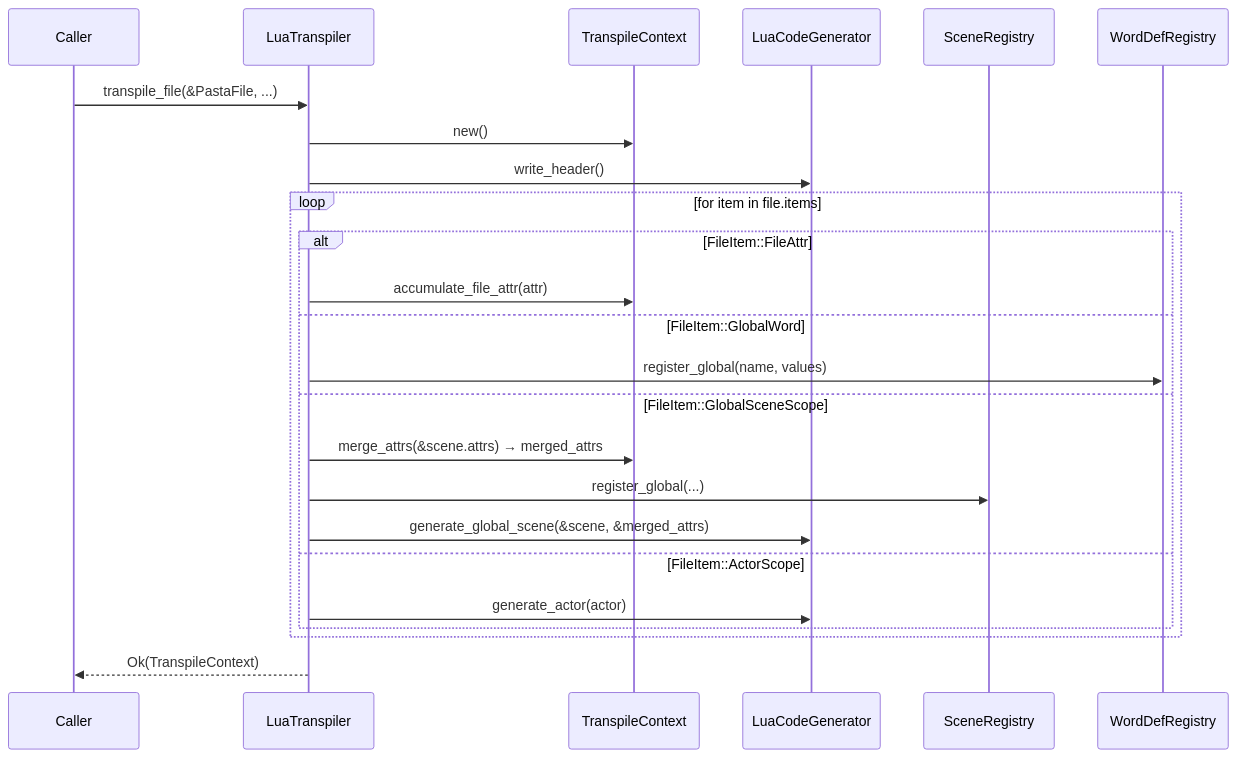
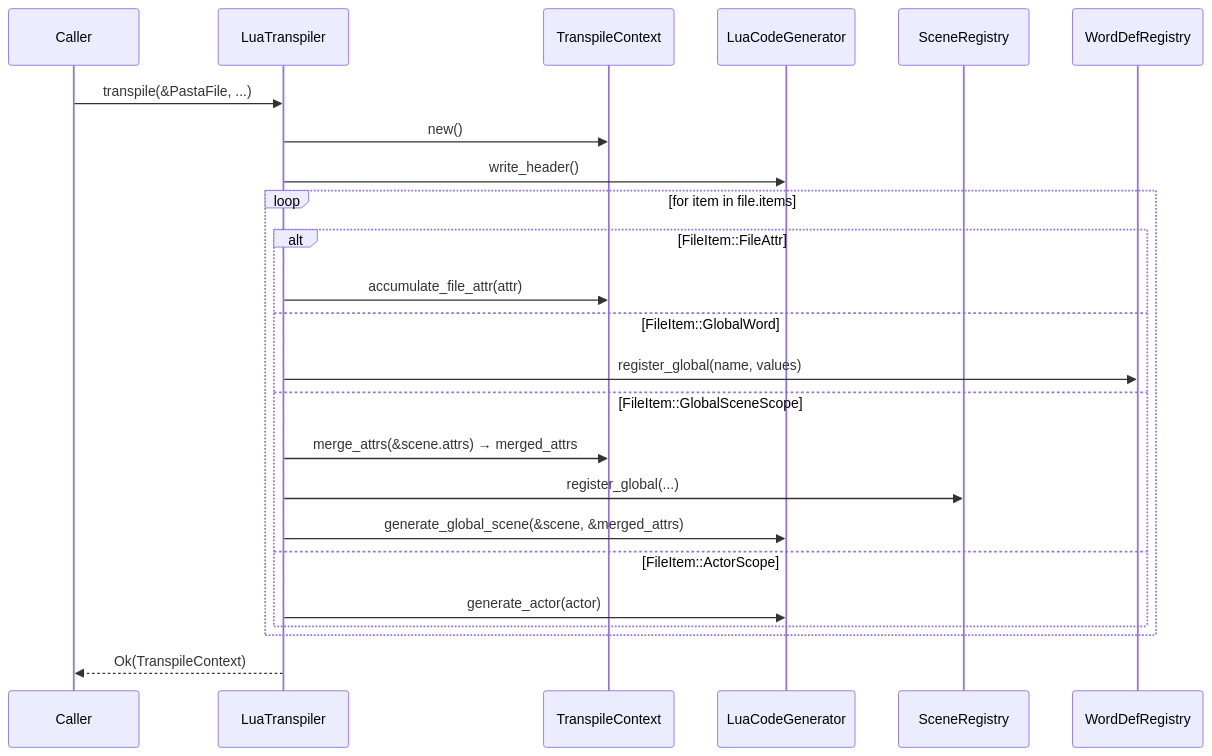
The second of 3 diagrams in .kiro/specs/lua-transpiler-pastafile-migration/design.md (ekicyou/pasta), drawn with Mermaid before and after one commit. The commit also changed other lines of this file and 1 other file, not shown here.

````diff
--- a/.kiro/specs/lua-transpiler-pastafile-migration/design.md
+++ b/.kiro/specs/lua-transpiler-pastafile-migration/design.md
@@ -109,29 +109,29 @@
 ```mermaid
 sequenceDiagram
     participant Caller
     participant LuaTranspiler
     participant TranspileContext
     participant LuaCodeGenerator
     participant SceneRegistry
     participant WordDefRegistry
     
-    Caller->>LuaTranspiler: transpile_file(&PastaFile, ...)
+    Caller->>LuaTranspiler: transpile(&PastaFile, ...)
     LuaTranspiler->>TranspileContext: new()
     LuaTranspiler->>LuaCodeGenerator: write_header()
     
     loop for item in file.items
         alt FileItem::FileAttr
             LuaTranspiler->>TranspileContext: accumulate_file_attr(attr)
         else FileItem::GlobalWord
             LuaTranspiler->>WordDefRegistry: register_global(name, values)
         else FileItem::GlobalSceneScope
             LuaTranspiler->>TranspileContext: merge_attrs(&scene.attrs) → merged_attrs
             LuaTranspiler->>SceneRegistry: register_global(...)
             LuaTranspiler->>LuaCodeGenerator: generate_global_scene(&scene, &merged_attrs)
         else FileItem::ActorScope
             LuaTranspiler->>LuaCodeGenerator: generate_actor(actor)
         end
     end
     
     LuaTranspiler-->>Caller: Ok(TranspileContext)
 ```
````
